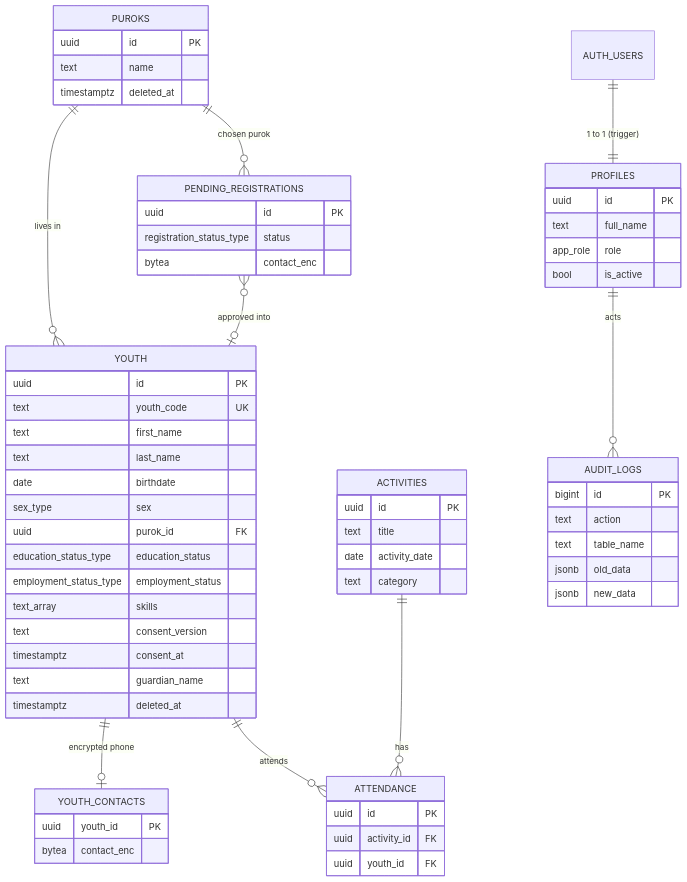
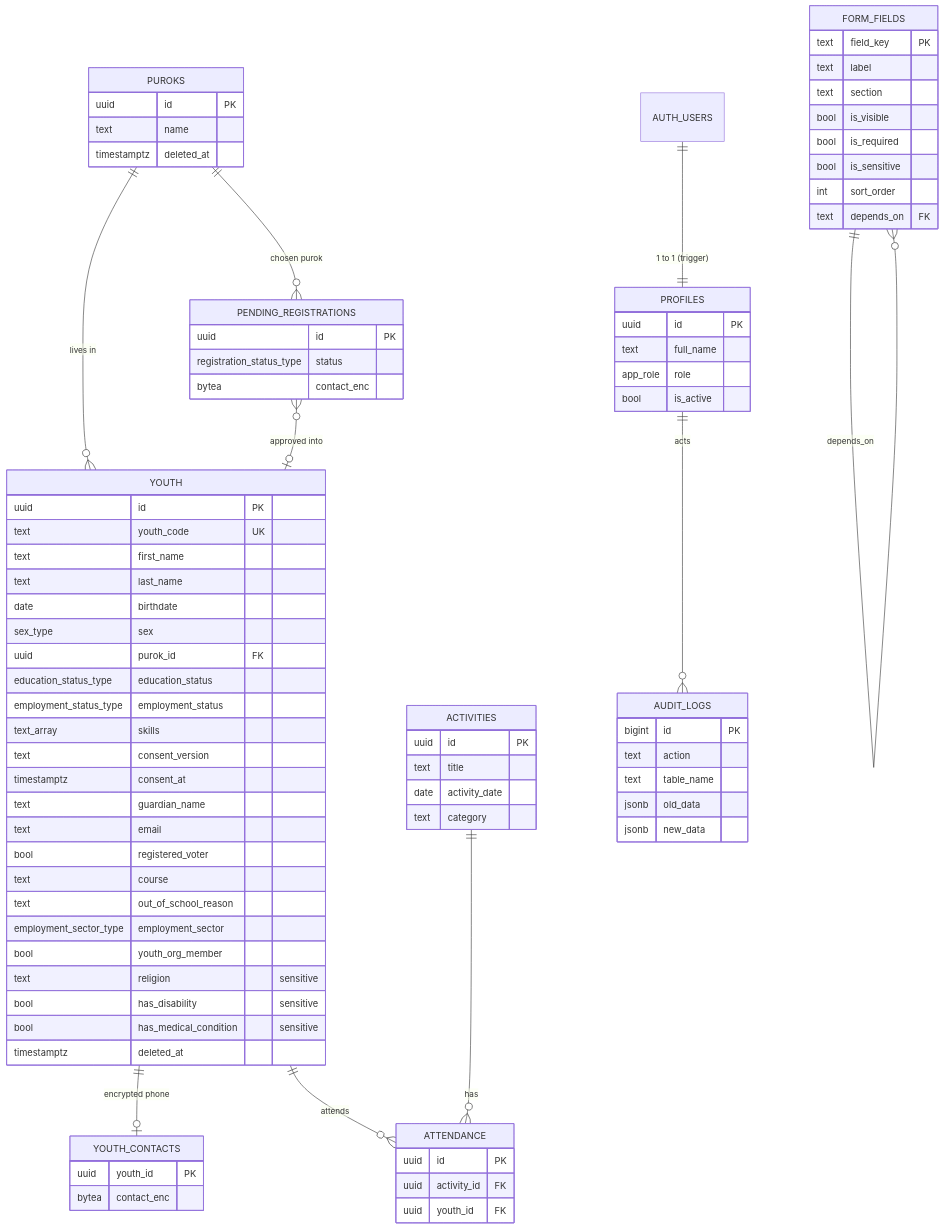
Before and after one commit to ginsemanero-alt/kk-youth: the diagram in docs/02-database-erd.md, drawn with Mermaid. The commit also changed other lines of this file and 29 other files, not shown here.

First line of the commit message:
Add paper-form fields and Admin form settings (Phase 0 and A)

````diff
--- a/docs/02-database-erd.md
+++ b/docs/02-database-erd.md
@@ -7,35 +7,46 @@
 ```mermaid
 erDiagram
   AUTH_USERS ||--|| PROFILES : "1 to 1 (trigger)"
   PUROKS ||--o{ YOUTH : "lives in"
   YOUTH ||--o| YOUTH_CONTACTS : "encrypted phone"
   YOUTH ||--o{ ATTENDANCE : attends
   ACTIVITIES ||--o{ ATTENDANCE : has
   PUROKS ||--o{ PENDING_REGISTRATIONS : "chosen purok"
   PENDING_REGISTRATIONS }o--o| YOUTH : "approved into"
   PROFILES ||--o{ AUDIT_LOGS : "acts"
+  FORM_FIELDS ||--o{ FORM_FIELDS : "depends_on"
 
   PROFILES { uuid id PK text full_name app_role role bool is_active }
   PUROKS { uuid id PK text name timestamptz deleted_at }
   YOUTH {
     uuid id PK
     text youth_code UK
     text first_name
     text last_name
     date birthdate
     sex_type sex
     uuid purok_id FK
     education_status_type education_status
     employment_status_type employment_status
     text_array skills
     text consent_version
     timestamptz consent_at
     text guardian_name
+    text email
+    bool registered_voter
+    text course
+    text out_of_school_reason
+    employment_sector_type employment_sector
+    bool youth_org_member
+    text religion "sensitive"
+    bool has_disability "sensitive"
+    bool has_medical_condition "sensitive"
     timestamptz deleted_at
   }
+  FORM_FIELDS { text field_key PK text label text section bool is_visible bool is_required bool is_sensitive int sort_order text depends_on FK }
   YOUTH_CONTACTS { uuid youth_id PK bytea contact_enc }
   ACTIVITIES { uuid id PK text title date activity_date text category }
   ATTENDANCE { uuid id PK uuid activity_id FK uuid youth_id FK }
   PENDING_REGISTRATIONS { uuid id PK registration_status_type status bytea contact_enc }
   AUDIT_LOGS { bigint id PK text action text table_name jsonb old_data jsonb new_data }
 ```
````
